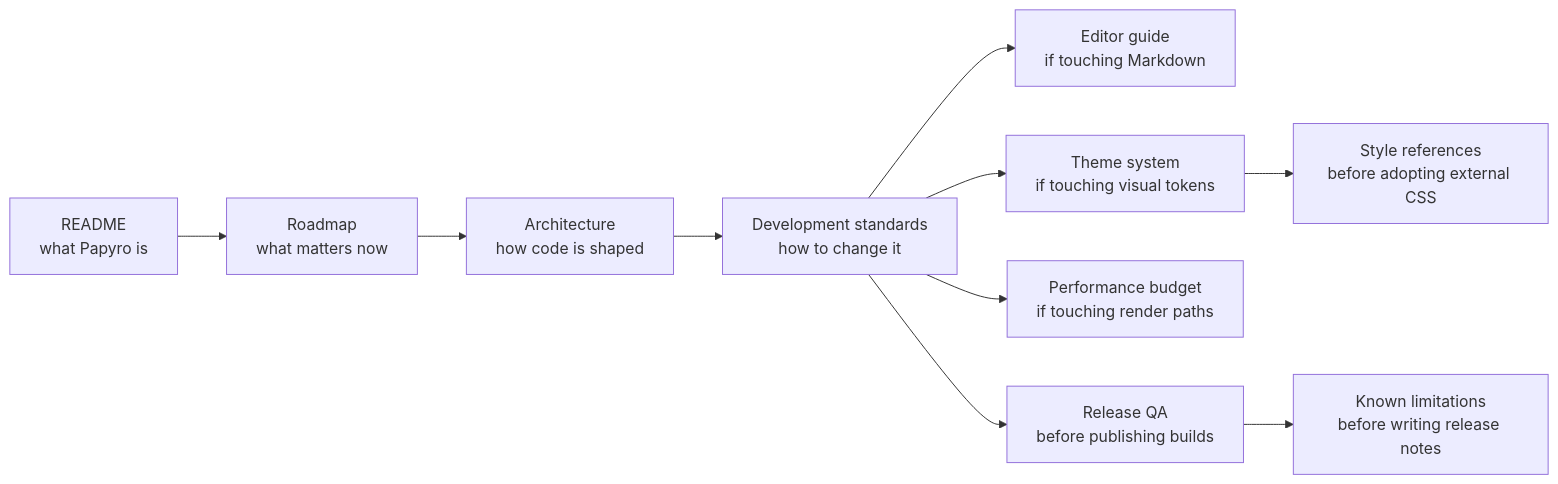
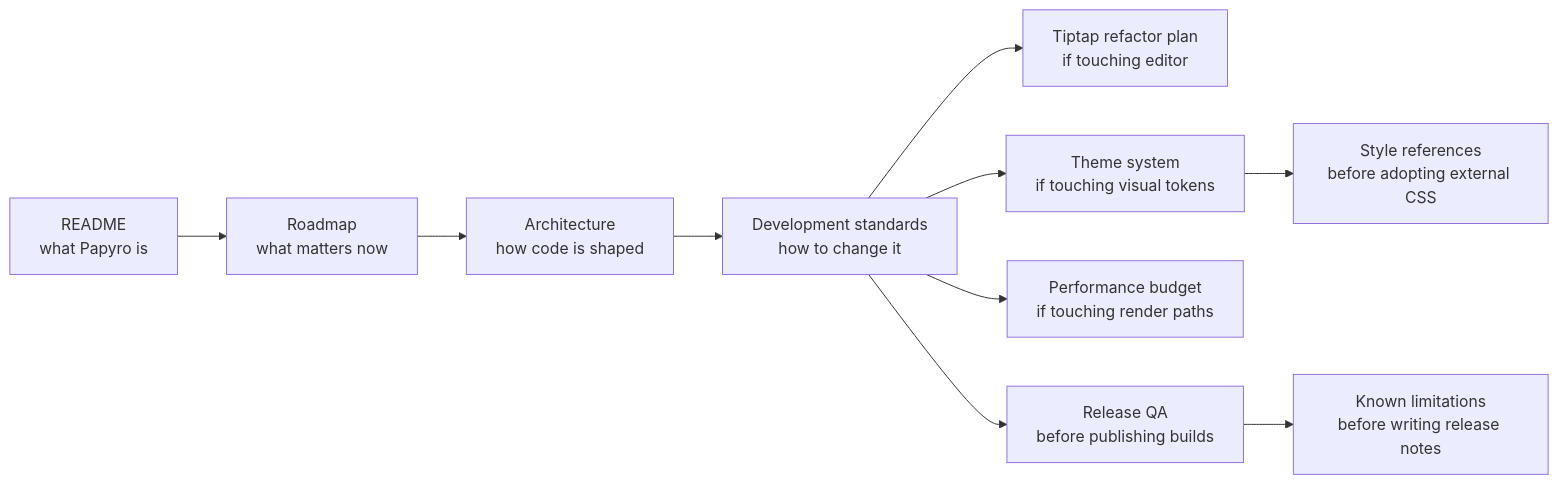
One commit to youzi2233/papyro changed the diagram in docs/README.md. Above: the diagram before and after it, drawn with Mermaid. The commit also changed other lines of this file and 24 other files, not shown here.

First line of the commit message:
docs: remove outdated editor docs superseded by tiptap-refactor-plan

````diff
--- a/docs/README.md
+++ b/docs/README.md
@@ -37,21 +34,21 @@
 ```mermaid
 flowchart LR
     readme["README<br/>what Papyro is"]
     roadmap["Roadmap<br/>what matters now"]
     architecture["Architecture<br/>how code is shaped"]
     development["Development standards<br/>how to change it"]
-    editor["Editor guide<br/>if touching Markdown"]
+    editor["Tiptap refactor plan<br/>if touching editor"]
     themes["Theme system<br/>if touching visual tokens"]
     references["Style references<br/>before adopting external CSS"]
     performance["Performance budget<br/>if touching render paths"]
     release["Release QA<br/>before publishing builds"]
     limitations["Known limitations<br/>before writing release notes"]
 
     readme --> roadmap --> architecture --> development
     development --> editor
     development --> themes
     themes --> references
     development --> performance
     development --> release
     release --> limitations
 ```
````
